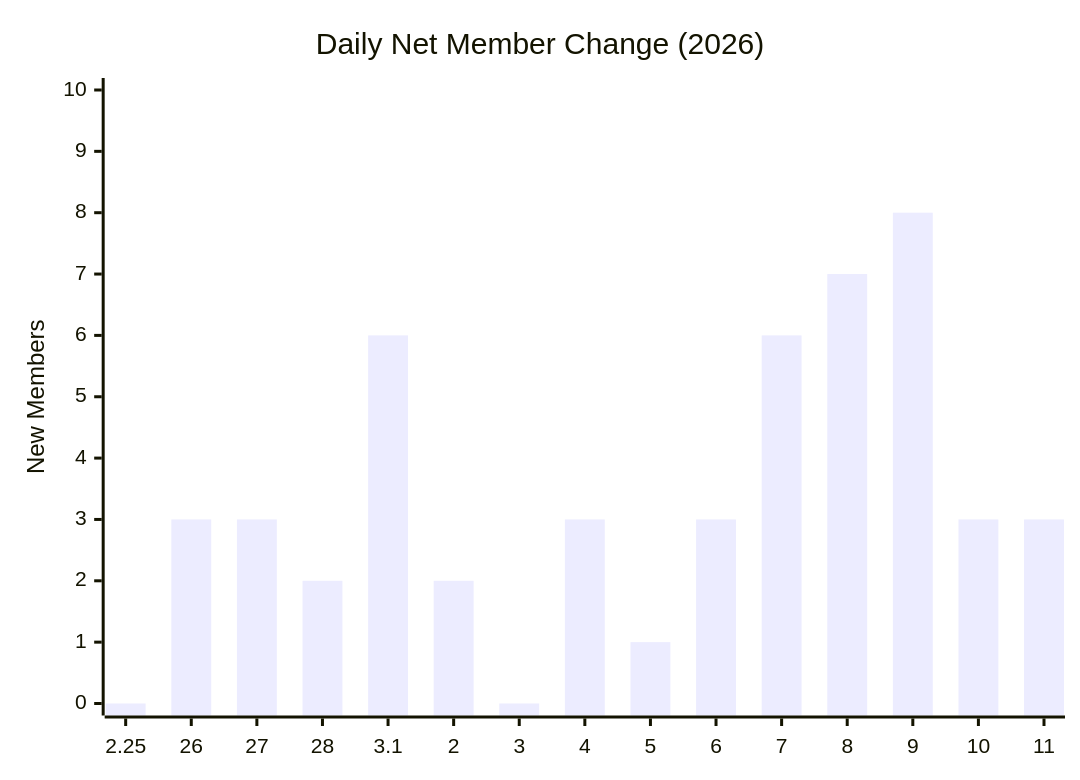
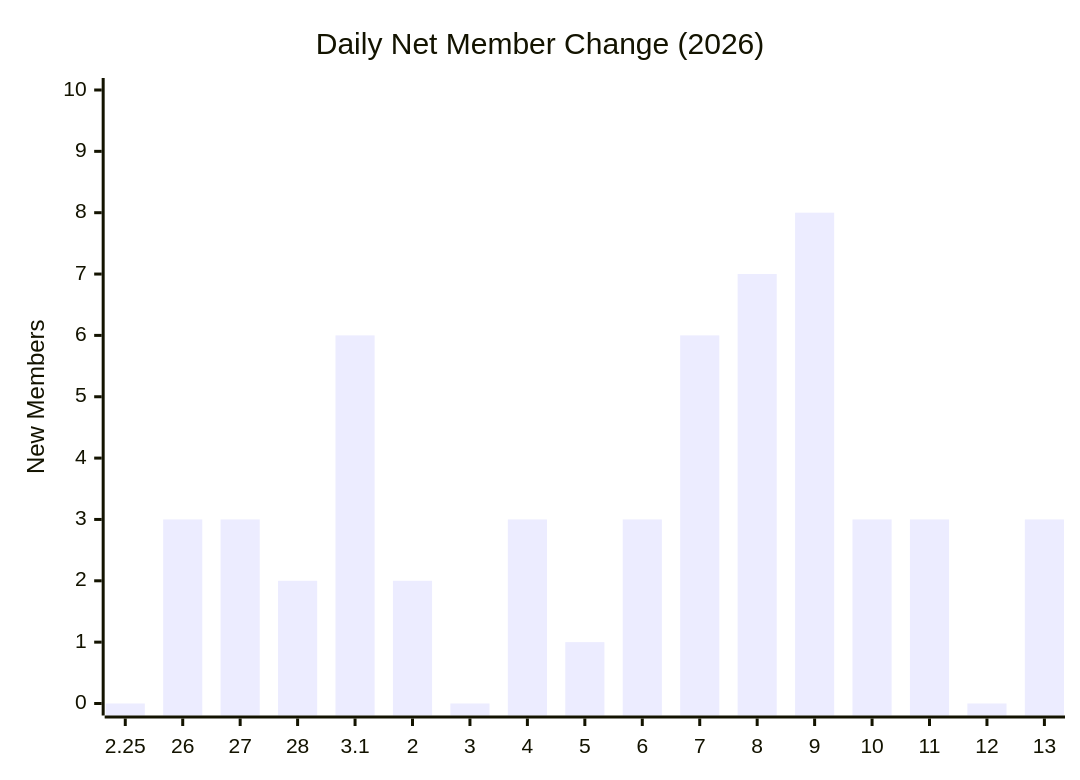
The third of 3 diagrams in exports/charts/daily-cumulative-member-tally-2026.md (MattSherwood/March-web), drawn with Mermaid before and after one commit. The commit also changed other lines of this file and 4 other files, not shown here.

````diff
--- a/exports/charts/daily-cumulative-member-tally-2026.md
+++ b/exports/charts/daily-cumulative-member-tally-2026.md
@@ -25,7 +25,7 @@
 ```mermaid
 xychart-beta
     title "Daily Net Member Change (2026)"
-    x-axis ["2.25", "26", "27", "28", "3.1", "2", "3", "4", "5", "6", "7", "8", "9", "10", "11"]
+    x-axis ["2.25", "26", "27", "28", "3.1", "2", "3", "4", "5", "6", "7", "8", "9", "10", "11", "12", "13"]
     y-axis "New Members" 0 --> 10
-    bar [0, 3, 3, 2, 6, 2, 0, 3, 1, 3, 6, 7, 8, 3, 3]
+    bar [0, 3, 3, 2, 6, 2, 0, 3, 1, 3, 6, 7, 8, 3, 3, 0, 3]
 ```
````
